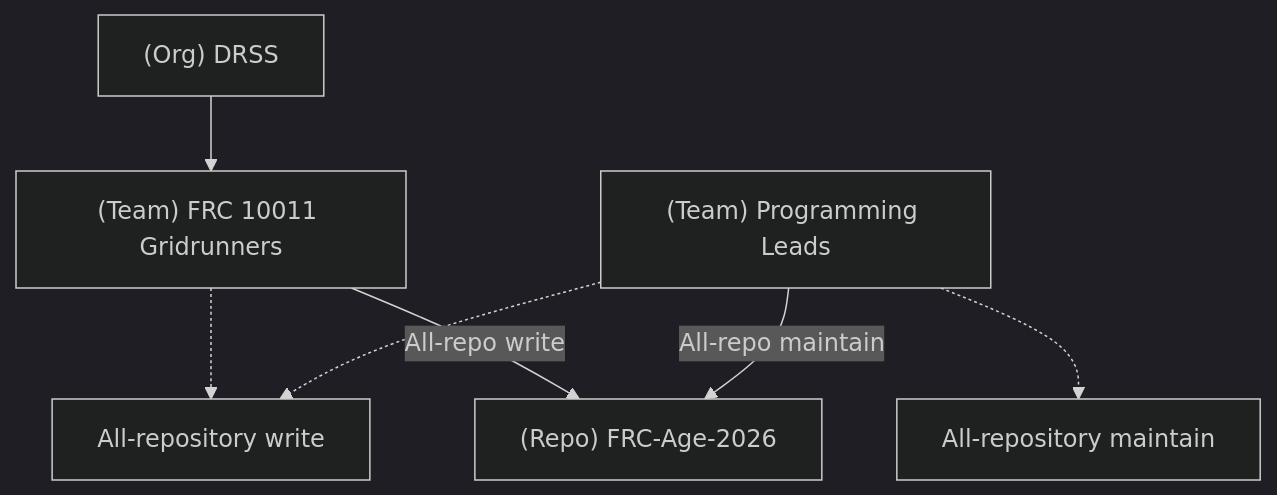
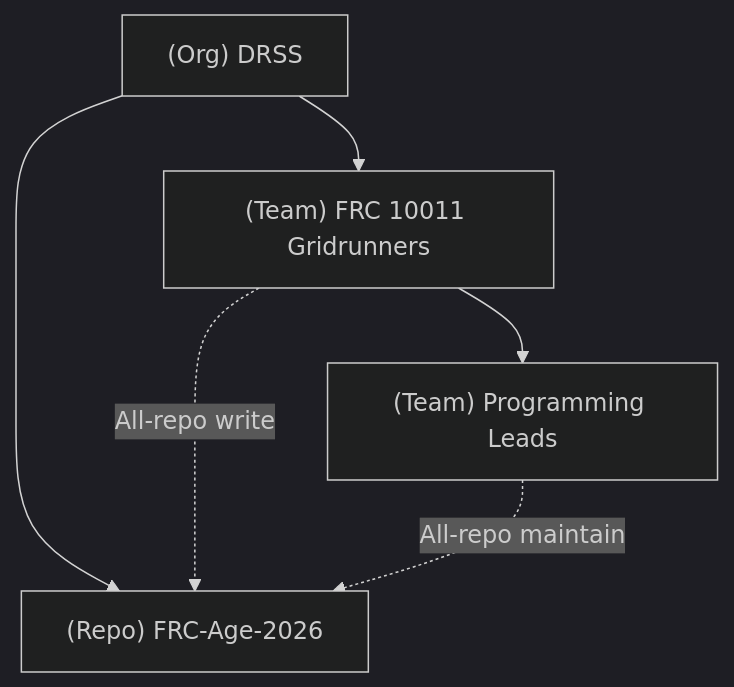
Before and after one commit to DRSS-Robotics/Programming-Docs: the diagram in admin/github.md, drawn with Mermaid (dark theme).

Commit message:
Update github.md
Simplify teams/roles graph

````diff
--- a/admin/github.md
+++ b/admin/github.md
@@ -6,18 +6,14 @@
 ```mermaid
 graph TD;
   drss["(Org) DRSS"]
   10011["(Team) FRC 10011 Gridrunners"]
   prog_leads["(Team) Programming Leads"]
-  role_write["All-repository write"]
-  role_maint["All-repository maintain"]
   repo_FRC_Age_2026["(Repo) FRC-Age-2026"]
 
+  drss-->repo_FRC_Age_2026
   drss-->10011
-  10011-.->role_write
-  prog_leads-.->role_write
-  prog_leads-.->role_maint
+  10011-->prog_leads
 
-  10011-->|All-repo write|repo_FRC_Age_2026
-  prog_leads-->|All-repo maintain|repo_FRC_Age_2026
-
+  10011-.->|All-repo write|repo_FRC_Age_2026
+  prog_leads-.->|All-repo maintain|repo_FRC_Age_2026
 ```
````
